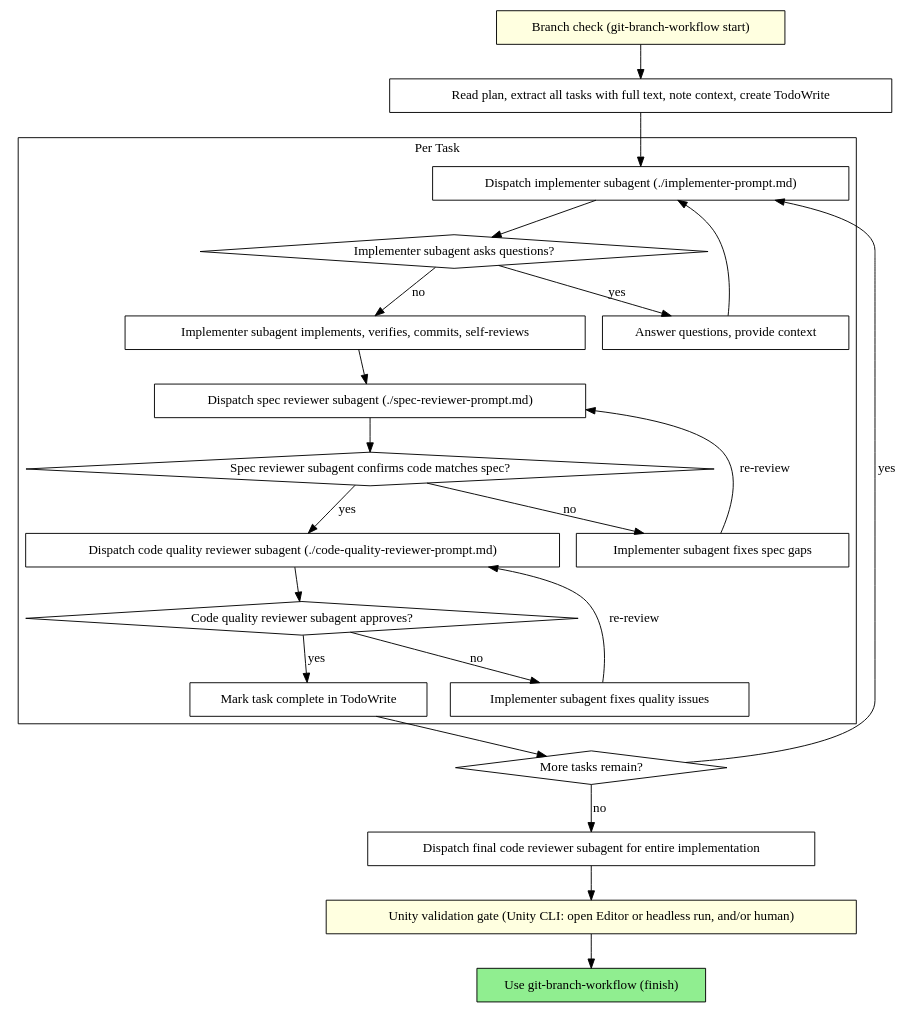
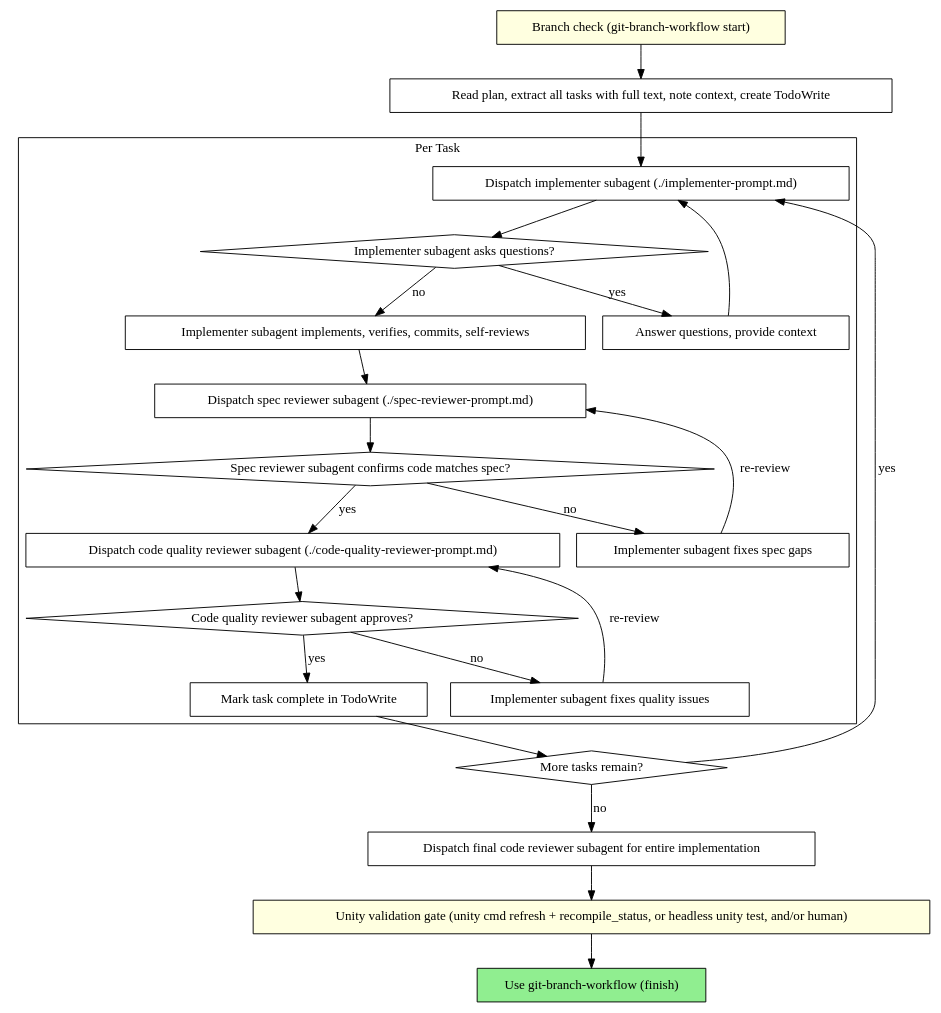
One commit to antoinecolin-voodoo/colinpowers changed the second of 2 diagrams in skills/subagent-development/SKILL.md. Above: the diagram before and after it, drawn with Graphviz. The commit also changed other lines of this file and 3 other files, not shown here.

First line of the commit message:
git-branch-workflow: use the real unity cmd recipes for the compile gate

````diff
--- a/skills/subagent-development/SKILL.md
+++ b/skills/subagent-development/SKILL.md
@@ -42,48 +42,48 @@
 ```dot
 digraph process {
     rankdir=TB;
 
     subgraph cluster_per_task {
         label="Per Task";
         "Dispatch implementer subagent (./implementer-prompt.md)" [shape=box];
         "Implementer subagent asks questions?" [shape=diamond];
         "Answer questions, provide context" [shape=box];
         "Implementer subagent implements, verifies, commits, self-reviews" [shape=box];
         "Dispatch spec reviewer subagent (./spec-reviewer-prompt.md)" [shape=box];
         "Spec reviewer subagent confirms code matches spec?" [shape=diamond];
         "Implementer subagent fixes spec gaps" [shape=box];
         "Dispatch code quality reviewer subagent (./code-quality-reviewer-prompt.md)" [shape=box];
         "Code quality reviewer subagent approves?" [shape=diamond];
         "Implementer subagent fixes quality issues" [shape=box];
         "Mark task complete in TodoWrite" [shape=box];
     }
 
     "Branch check (git-branch-workflow start)" [shape=box style=filled fillcolor=lightyellow];
     "Read plan, extract all tasks with full text, note context, create TodoWrite" [shape=box];
     "More tasks remain?" [shape=diamond];
     "Dispatch final code reviewer subagent for entire implementation" [shape=box];
     "Use git-branch-workflow (finish)" [shape=box style=filled fillcolor=lightgreen];
 
     "Branch check (git-branch-workflow start)" -> "Read plan, extract all tasks with full text, note context, create TodoWrite";
     "Read plan, extract all tasks with full text, note context, create TodoWrite" -> "Dispatch implementer subagent (./implementer-prompt.md)";
     "Dispatch implementer subagent (./implementer-prompt.md)" -> "Implementer subagent asks questions?";
     "Implementer subagent asks questions?" -> "Answer questions, provide context" [label="yes"];
     "Answer questions, provide context" -> "Dispatch implementer subagent (./implementer-prompt.md)";
     "Implementer subagent asks questions?" -> "Implementer subagent implements, verifies, commits, self-reviews" [label="no"];
     "Implementer subagent implements, verifies, commits, self-reviews" -> "Dispatch spec reviewer subagent (./spec-reviewer-prompt.md)";
     "Dispatch spec reviewer subagent (./spec-reviewer-prompt.md)" -> "Spec reviewer subagent confirms code matches spec?";
     "Spec reviewer subagent confirms code matches spec?" -> "Implementer subagent fixes spec gaps" [label="no"];
     "Implementer subagent fixes spec gaps" -> "Dispatch spec reviewer subagent (./spec-reviewer-prompt.md)" [label="re-review"];
     "Spec reviewer subagent confirms code matches spec?" -> "Dispatch code quality reviewer subagent (./code-quality-reviewer-prompt.md)" [label="yes"];
     "Dispatch code quality reviewer subagent (./code-quality-reviewer-prompt.md)" -> "Code quality reviewer subagent approves?";
     "Code quality reviewer subagent approves?" -> "Implementer subagent fixes quality issues" [label="no"];
     "Implementer subagent fixes quality issues" -> "Dispatch code quality reviewer subagent (./code-quality-reviewer-prompt.md)" [label="re-review"];
     "Code quality reviewer subagent approves?" -> "Mark task complete in TodoWrite" [label="yes"];
     "Mark task complete in TodoWrite" -> "More tasks remain?";
     "More tasks remain?" -> "Dispatch implementer subagent (./implementer-prompt.md)" [label="yes"];
     "More tasks remain?" -> "Dispatch final code reviewer subagent for entire implementation" [label="no"];
-    "Unity validation gate (Unity CLI: open Editor or headless run, and/or human)" [shape=box style=filled fillcolor=lightyellow];
-    "Dispatch final code reviewer subagent for entire implementation" -> "Unity validation gate (Unity CLI: open Editor or headless run, and/or human)";
-    "Unity validation gate (Unity CLI: open Editor or headless run, and/or human)" -> "Use git-branch-workflow (finish)";
+    "Unity validation gate (unity cmd refresh + recompile_status, or headless unity test, and/or human)" [shape=box style=filled fillcolor=lightyellow];
+    "Dispatch final code reviewer subagent for entire implementation" -> "Unity validation gate (unity cmd refresh + recompile_status, or headless unity test, and/or human)";
+    "Unity validation gate (unity cmd refresh + recompile_status, or headless unity test, and/or human)" -> "Use git-branch-workflow (finish)";
 }
 ```
````
